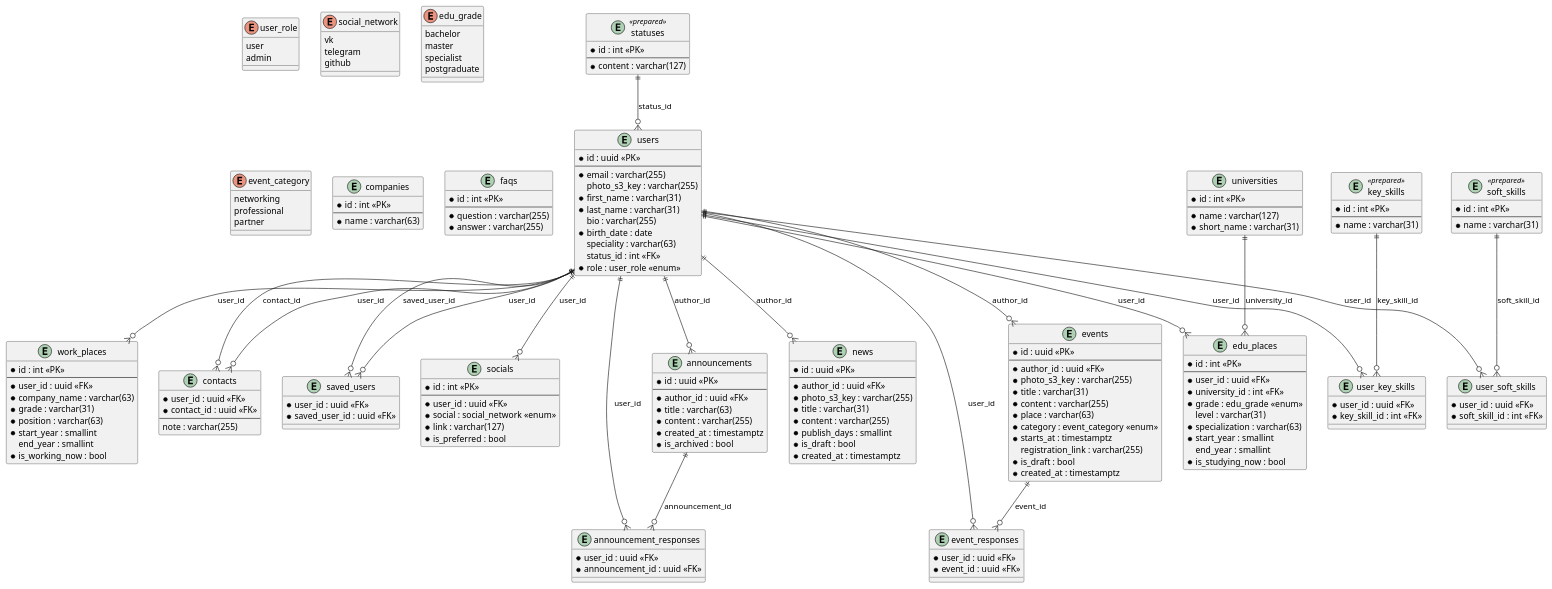
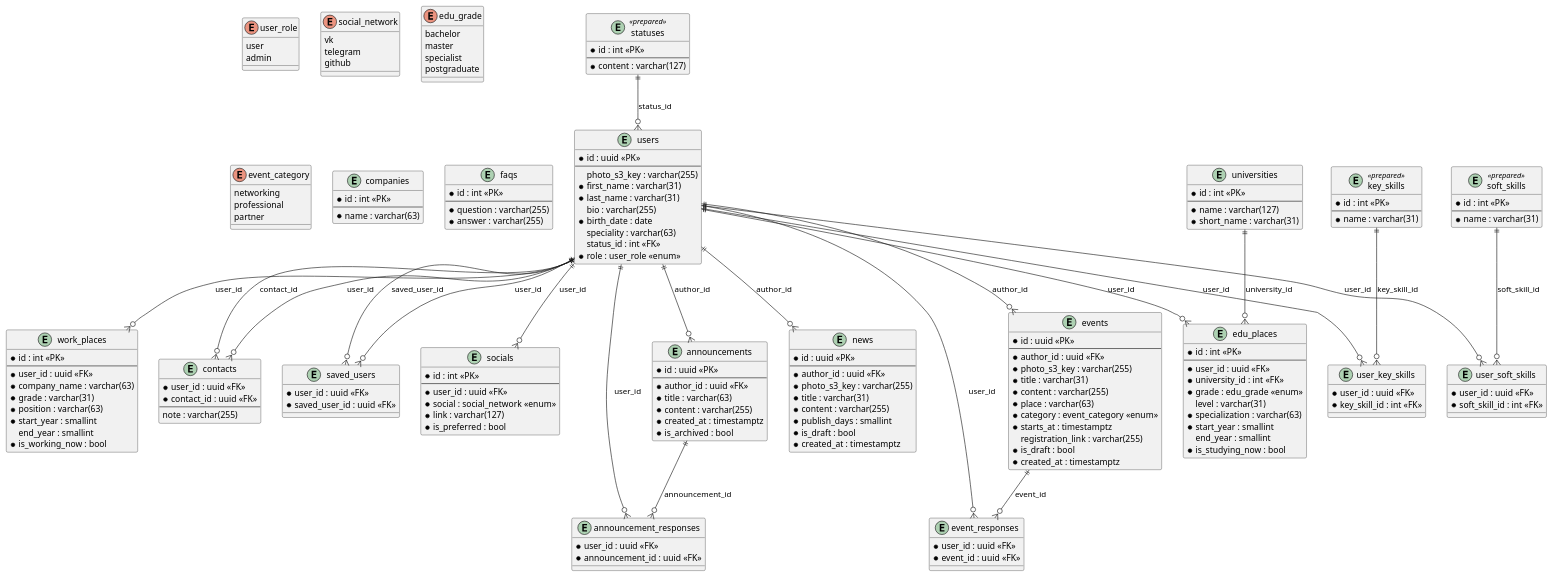
The diagram in docs/database.puml (RuslanKarabalin/cu-faculty-backend), drawn with PlantUML before and after one commit. The commit also changed 1 other file, not shown here.

```diff
--- a/docs/database.puml
+++ b/docs/database.puml
@@ -66,7 +66,6 @@
 entity "users" {
   * id : uuid <<PK>>
   --
-  * email : varchar(255)
   photo_s3_key : varchar(255)
   * first_name : varchar(31)
   * last_name : varchar(31)
```
